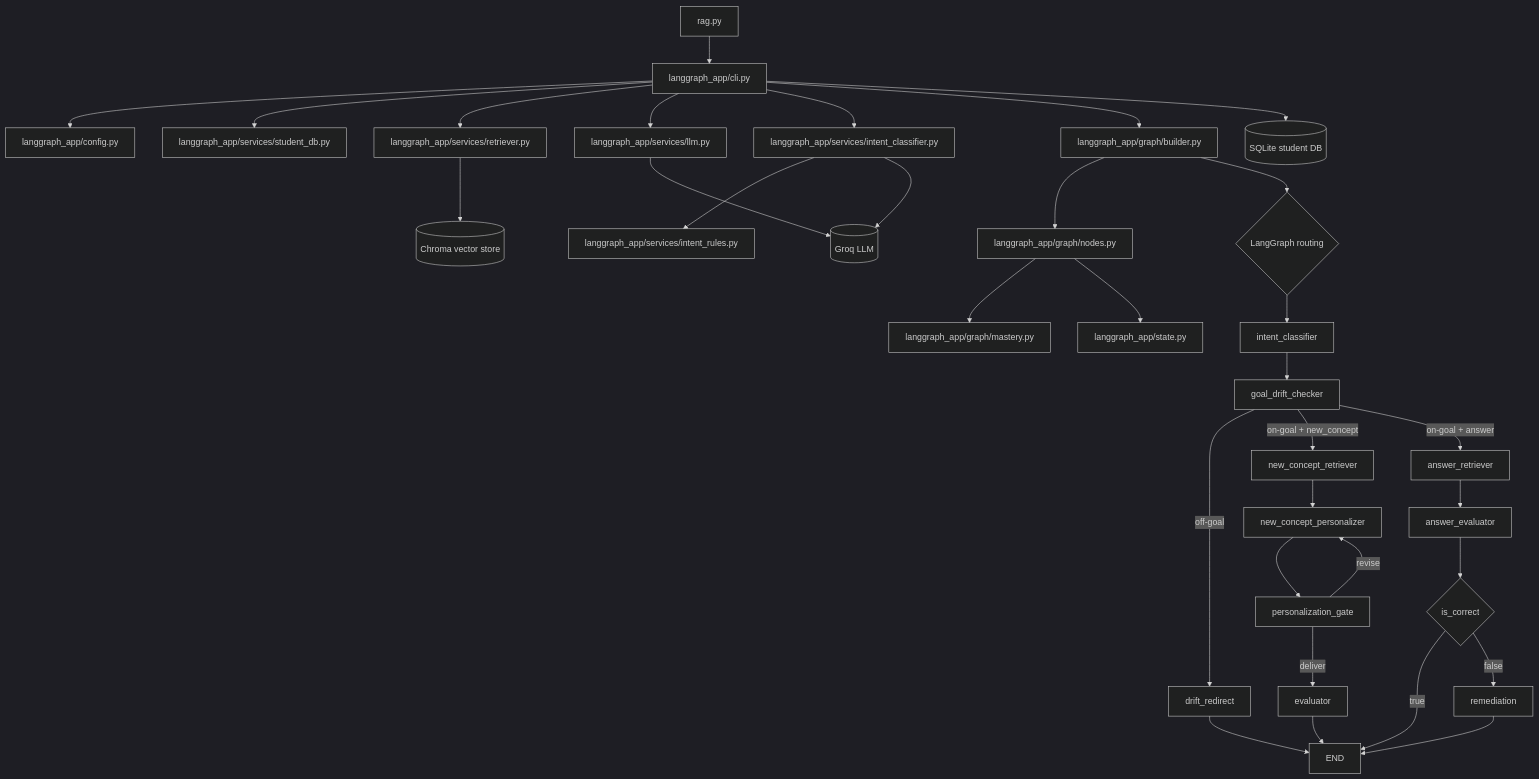
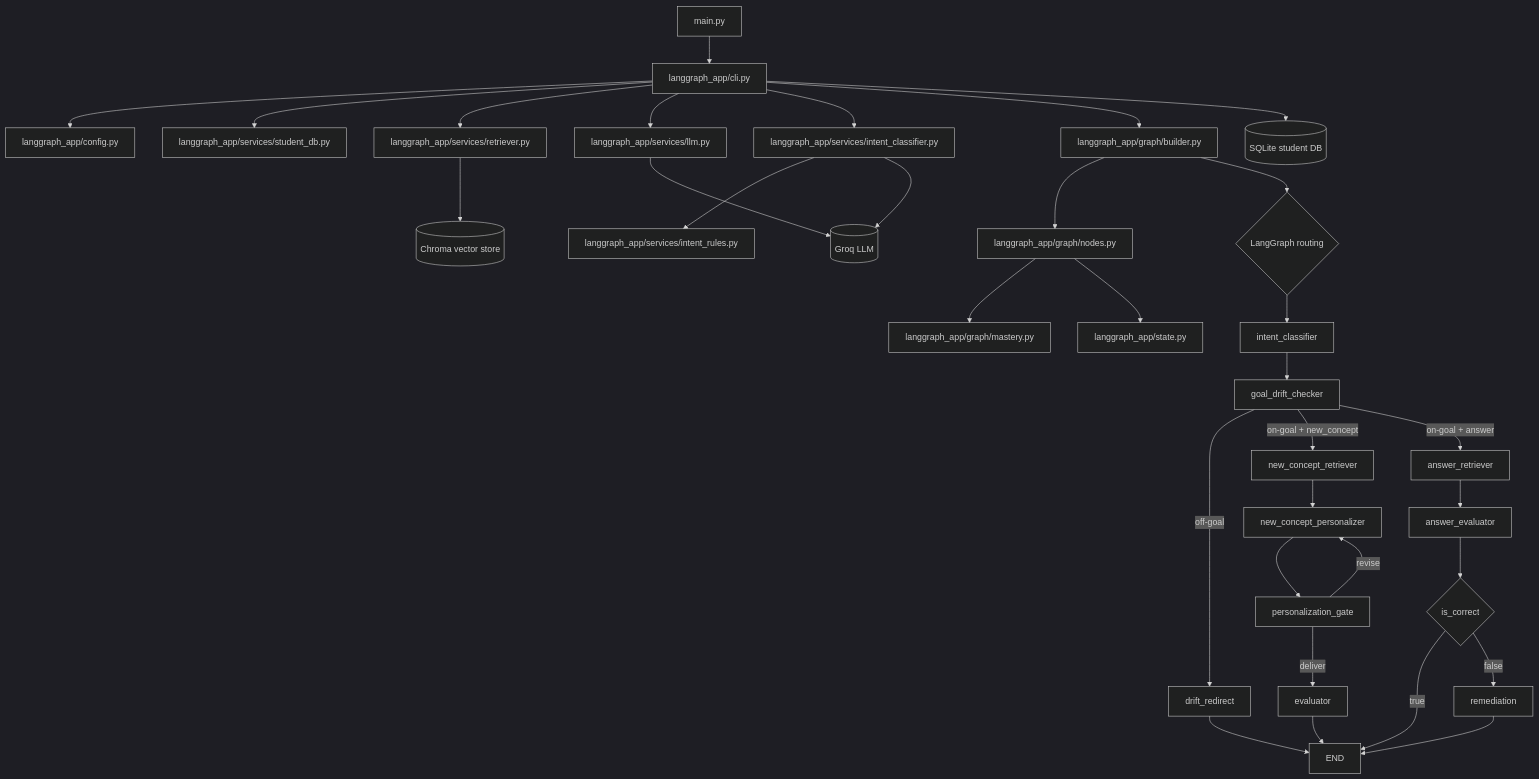
The first of 2 diagrams in docs/FLOW.md (arxhr007/neurolearn), drawn with Mermaid (dark theme) before and after one commit. The commit also changed other lines of this file and 13 other files, not shown here.

````diff
--- a/docs/FLOW.md
+++ b/docs/FLOW.md
@@ -13,37 +13,37 @@
 ```mermaid
 flowchart TD
-    A[rag.py] --> B[langgraph_app/cli.py]
+    A[main.py] --> B[langgraph_app/cli.py]
     B --> C[langgraph_app/config.py]
     B --> D[langgraph_app/services/student_db.py]
     B --> E[langgraph_app/services/retriever.py]
     B --> F[langgraph_app/services/llm.py]
     B --> G[langgraph_app/services/intent_classifier.py]
     G --> H[langgraph_app/services/intent_rules.py]
     B --> I[langgraph_app/graph/builder.py]
     I --> J[langgraph_app/graph/nodes.py]
     J --> J2[langgraph_app/graph/mastery.py]
     J --> K[langgraph_app/state.py]
 
     B --> L[(SQLite student DB)]
     E --> M[(Chroma vector store)]
     F --> N[(Groq LLM)]
     G --> N
 
     I --> O{LangGraph routing}
     O --> P[intent_classifier]
     P --> Q[goal_drift_checker]
     Q -->|off-goal| R[drift_redirect]
     R --> X[END]
     Q -->|on-goal + new_concept| S[new_concept_retriever]
     S --> T[new_concept_personalizer]
     T --> U[personalization_gate]
     U -->|revise| T
     U -->|deliver| V[evaluator]
     V --> X
     Q -->|on-goal + answer| W[answer_retriever]
     W --> Y[answer_evaluator]
     Y --> Z{is_correct}
     Z -->|true| X
     Z -->|false| AA[remediation]
     AA --> X
 ```
````
